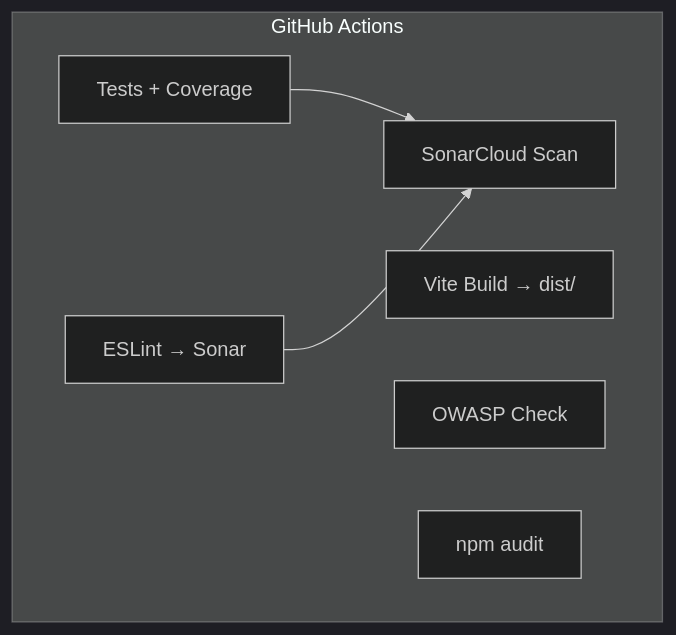
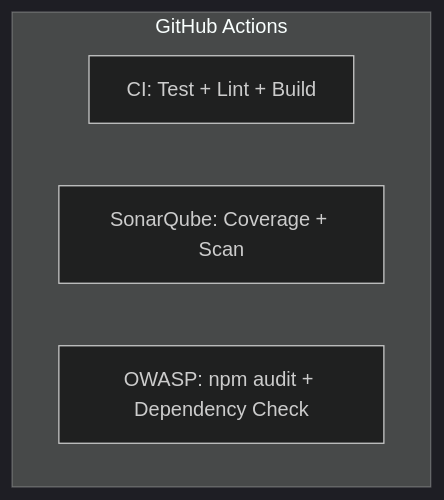
Before and after one commit to DocFaust/chordpro-converter: the sixth of 6 diagrams in docs/architecture.md, drawn with Mermaid (dark theme). The commit also changed other lines of this file and 3 other files, not shown here.

Commit message:
Refactor CI workflows: consolidate build-test-lint jobs, add SonarQube and OWASP Dependency Check workflows, and update architecture documentation

````diff
--- a/docs/architecture.md
+++ b/docs/architecture.md
@@ -279,13 +289,8 @@
 ```mermaid
 flowchart TB
     subgraph GHA["GitHub Actions"]
-        T1["Tests + Coverage"]
-        L1["ESLint → Sonar"]
-        B1["Vite Build → dist/"]
-        S1["SonarCloud Scan"]
-        O1["OWASP Check"]
-        A1["npm audit"]
-        T1 --> S1
-        L1 --> S1
+        CI1["CI: Test + Lint + Build"]
+        SQ1["SonarQube: Coverage + Scan"]
+        OW1["OWASP: npm audit + Dependency Check"]
     end
 ```
````
